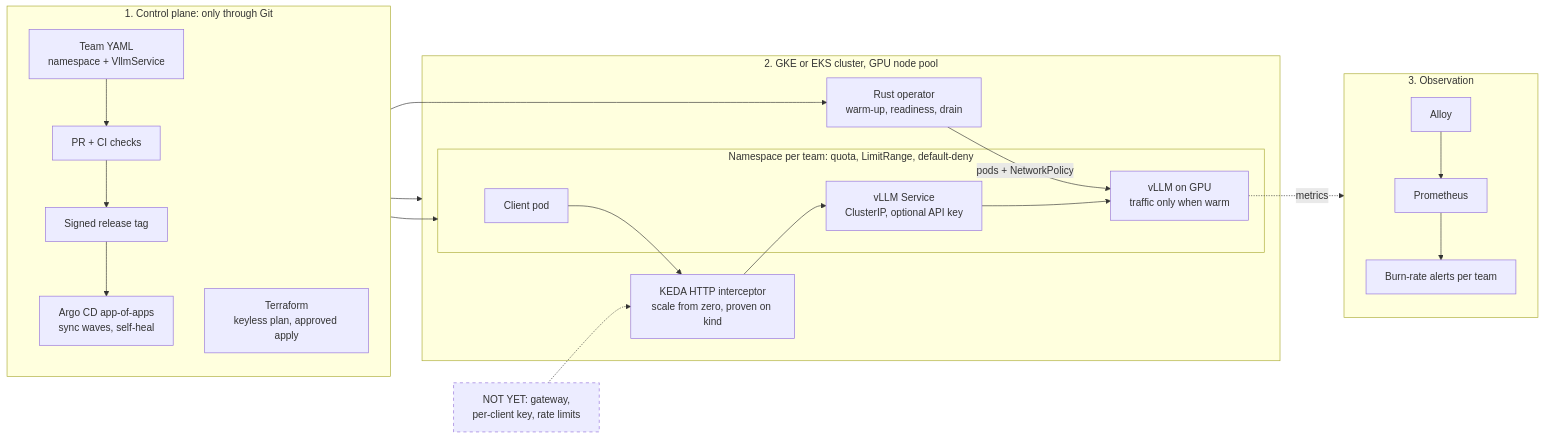
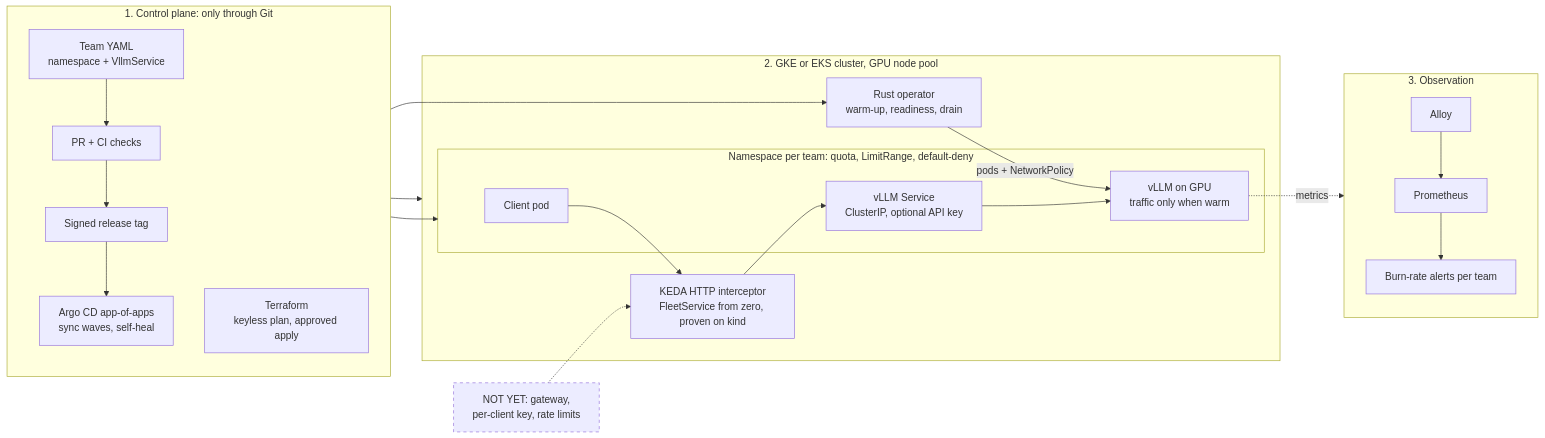
The diagram in conversations/2026-11-03-platform-engineer/platform.md (MicheleCampi/llm-inference-platform), drawn with Mermaid before and after one commit. The commit also changed other lines of this file, not shown here.

````diff
--- a/conversations/2026-11-03-platform-engineer/platform.md
+++ b/conversations/2026-11-03-platform-engineer/platform.md
@@ -47,30 +50,30 @@
 ```mermaid
 flowchart LR
   subgraph CP["1. Control plane: only through Git"]
     direction TB
     T["Team YAML<br/>namespace + VllmService"] --> PR["PR + CI checks"] --> TAG["Signed release tag"] --> ARGO["Argo CD app-of-apps<br/>sync waves, self-heal"]
     TF["Terraform<br/>keyless plan, approved apply"]
   end
   subgraph CL["2. GKE or EKS cluster, GPU node pool"]
     OP["Rust operator<br/>warm-up, readiness, drain"]
-    KEDA["KEDA HTTP interceptor<br/>scale from zero, proven on kind"]
+    KEDA["KEDA HTTP interceptor<br/>FleetService from zero, proven on kind"]
     subgraph NS["Namespace per team: quota, LimitRange, default-deny"]
       CLIENT["Client pod"]
       SVC["vLLM Service<br/>ClusterIP, optional API key"]
       VLLM["vLLM on GPU<br/>traffic only when warm"]
     end
   end
   subgraph OBS["3. Observation"]
     direction TB
     ALLOY["Alloy"] --> PROM["Prometheus"] --> ALERT["Burn-rate alerts per team"]
   end
   GW["NOT YET: gateway,<br/>per-client key, rate limits"]:::gap
   CLIENT --> KEDA --> SVC --> VLLM
   TF --> CL
   ARGO --> OP
   ARGO --> NS
   OP -->|"pods + NetworkPolicy"| VLLM
   GW -.-> KEDA
   VLLM -.->|metrics| ALLOY
   classDef gap stroke-dasharray: 5 5
 ```
````
